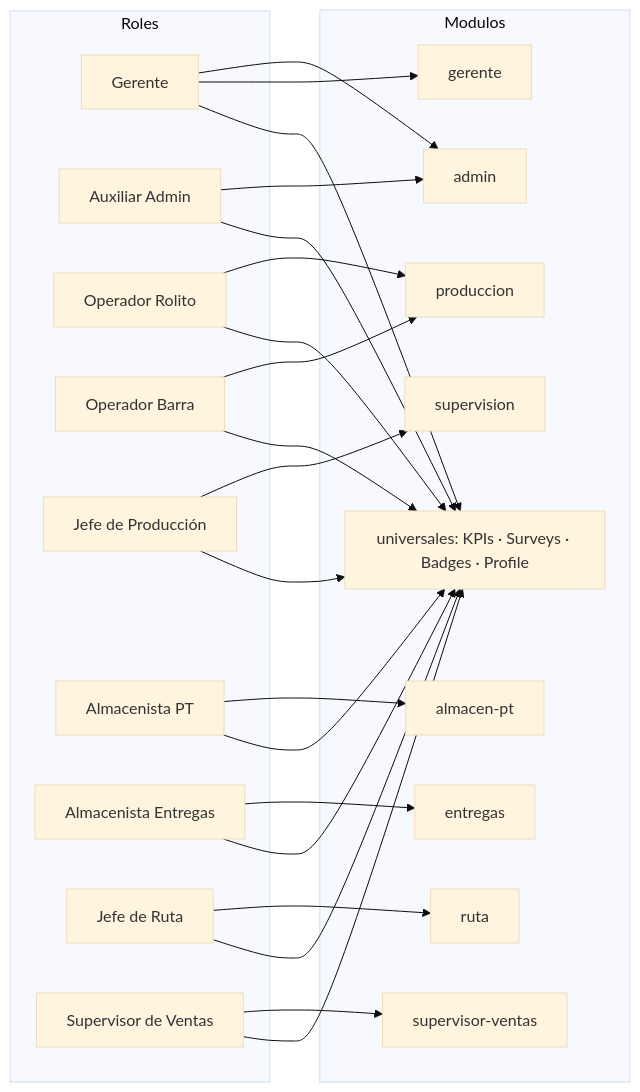
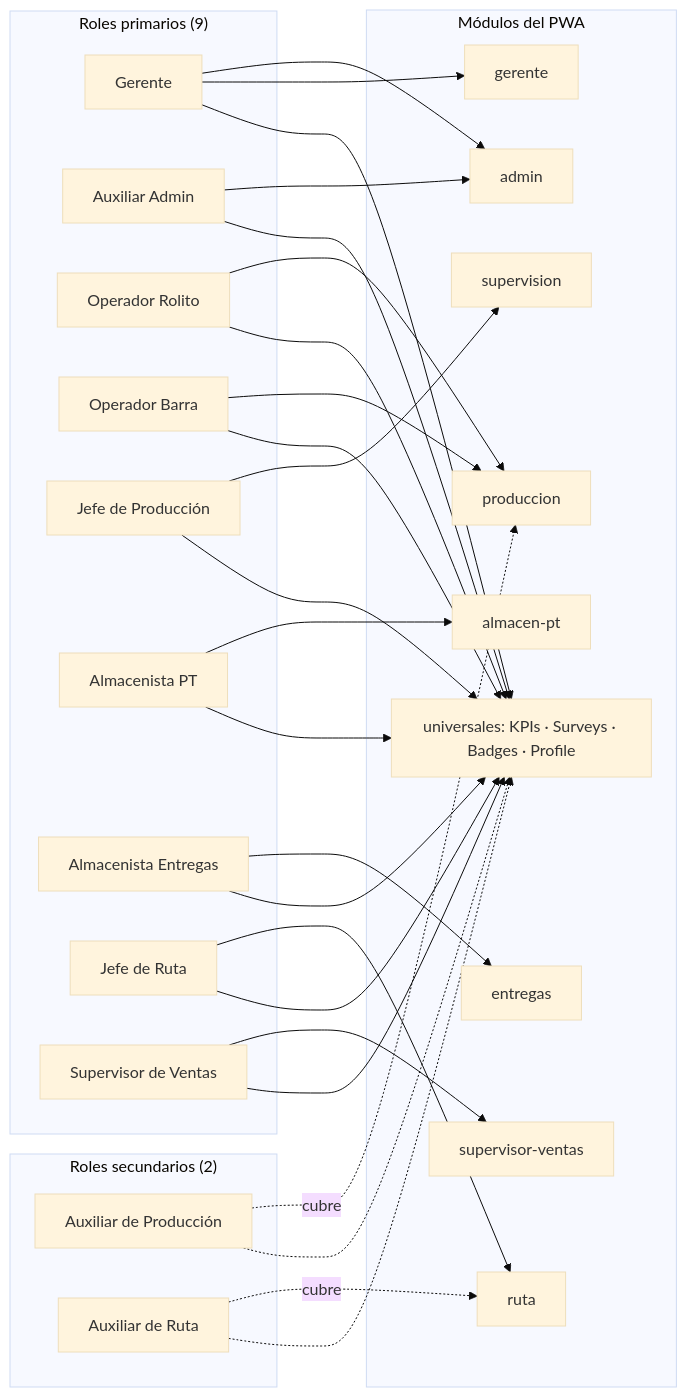
Before and after one commit to sebascm0906/colaboradores-pwa: the fourth of 5 diagrams in docs/CODE_MANUAL.md, drawn with Mermaid (base theme). The commit also changed other lines of this file and 4 other files, not shown here.

````diff
--- a/docs/CODE_MANUAL.md
+++ b/docs/CODE_MANUAL.md
@@ -231,47 +240,57 @@
 ```mermaid
 graph LR
-  subgraph Roles
+  subgraph Primarios["Roles primarios (9)"]
     R1[Gerente]
     R2[Auxiliar Admin]
     R3[Operador Rolito]
     R4[Operador Barra]
     R5[Jefe de Producción]
     R6[Almacenista PT]
     R7[Almacenista Entregas]
     R8[Jefe de Ruta]
     R9[Supervisor de Ventas]
   end
 
-  subgraph Modulos
+  subgraph Secundarios["Roles secundarios (2)"]
+    R10[Auxiliar de Producción]
+    R11[Auxiliar de Ruta]
+  end
+
+  subgraph Modulos["Módulos del PWA"]
     M1[admin]
     M2[gerente]
     M3[produccion]
     M4[supervision]
     M5[almacen-pt]
     M6[entregas]
     M7[ruta]
     M8[supervisor-ventas]
     MU[universales: KPIs · Surveys · Badges · Profile]
   end
 
   R1 --> M1
   R1 --> M2
   R2 --> M1
   R3 --> M3
   R4 --> M3
   R5 --> M4
   R6 --> M5
   R7 --> M6
   R8 --> M7
   R9 --> M8
 
+  R10 -.cubre.-> M3
+  R11 -.cubre.-> M7
+
   R1 --> MU
   R2 --> MU
   R3 --> MU
   R4 --> MU
   R5 --> MU
   R6 --> MU
   R7 --> MU
   R8 --> MU
   R9 --> MU
+  R10 -.-> MU
+  R11 -.-> MU
 ```
````
